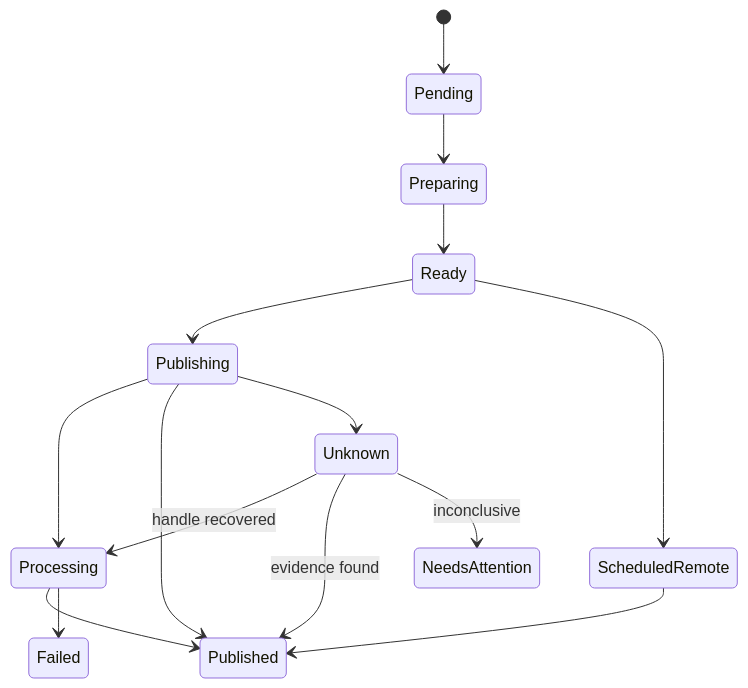
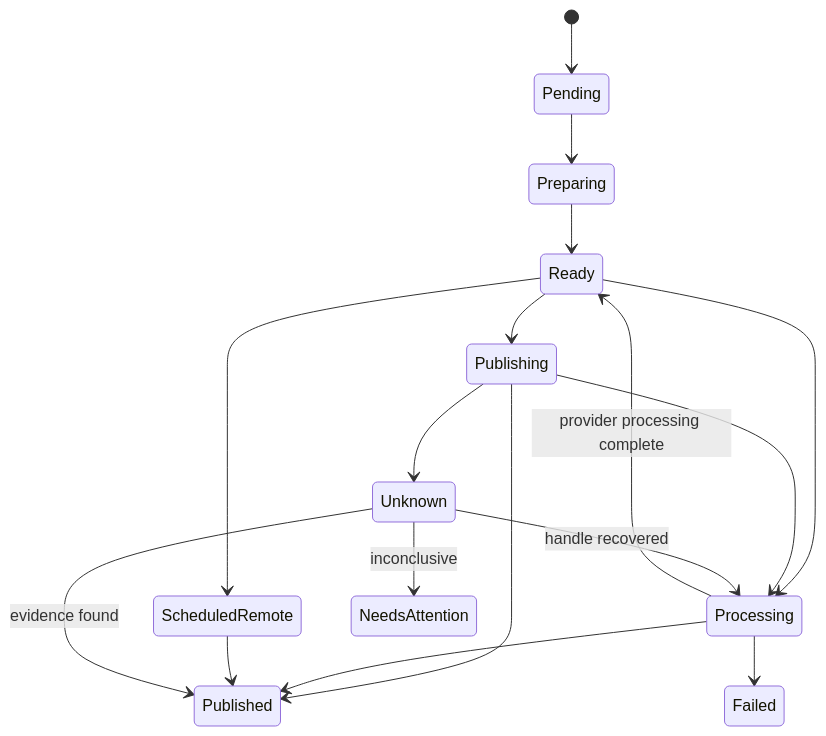
The diagram in docs/scheduling.md (shinp-dev/post-router), drawn with Mermaid before and after one commit. The commit also changed other lines of this file, not shown here.

````diff
--- a/docs/scheduling.md
+++ b/docs/scheduling.md
@@ -22,17 +22,19 @@
 ```mermaid
 stateDiagram-v2
     [*] --> Pending
     Pending --> Preparing
     Preparing --> Ready
     Ready --> Publishing
+    Ready --> Processing
     Ready --> ScheduledRemote
     Publishing --> Processing
     Publishing --> Published
     Publishing --> Unknown
+    Processing --> Ready: provider processing complete
     Processing --> Published
     Processing --> Failed
     ScheduledRemote --> Published
     Unknown --> Processing: handle recovered
     Unknown --> Published: evidence found
     Unknown --> NeedsAttention: inconclusive
 ```
````
